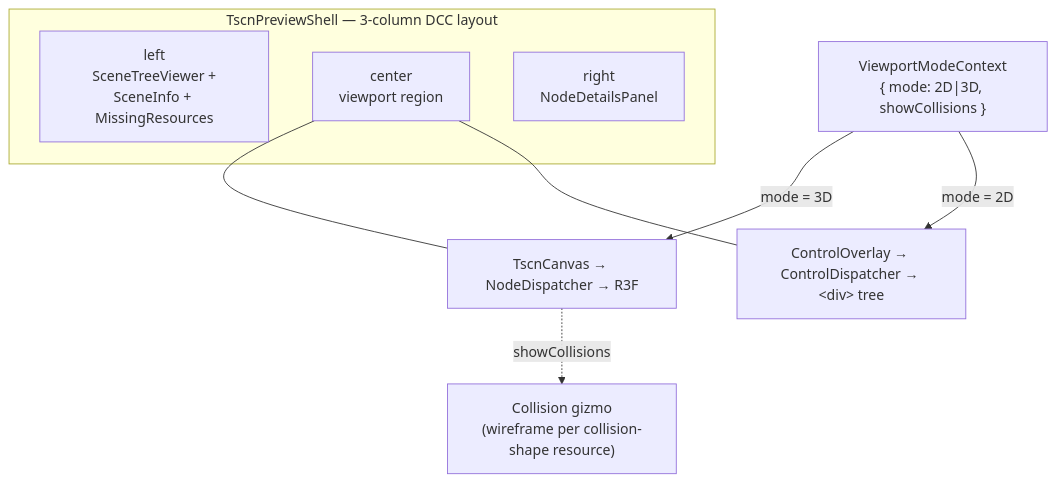
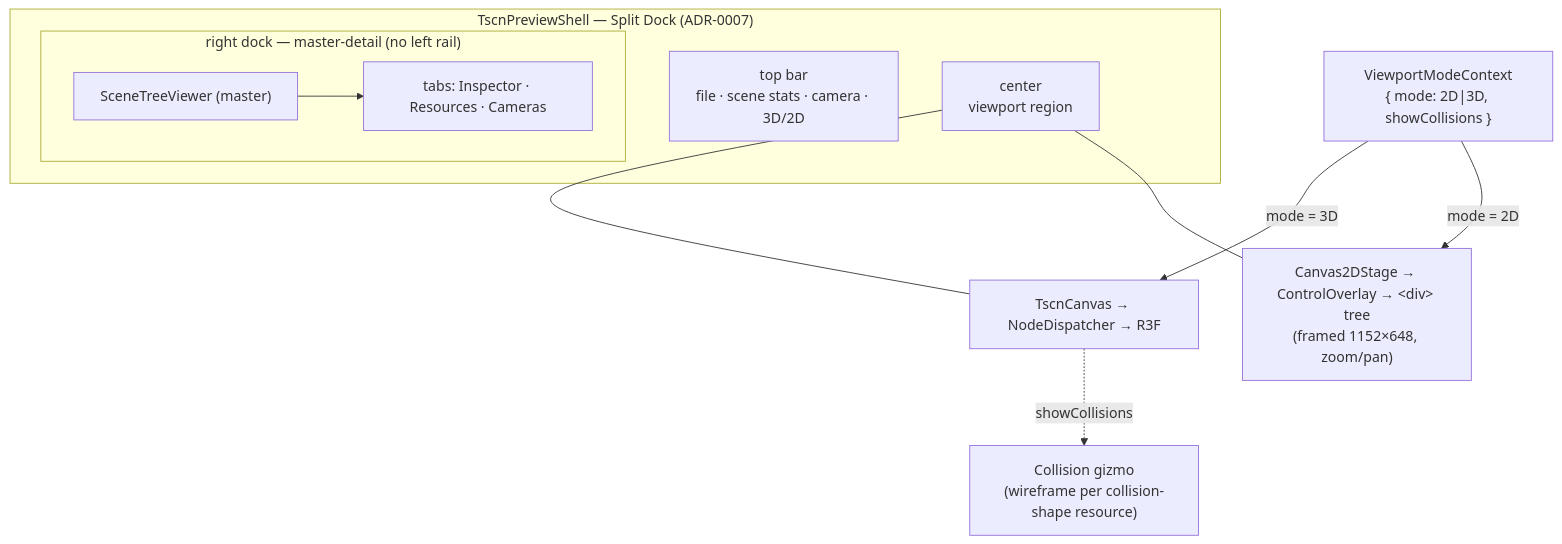
Before and after one commit to Vortiago/textscene-inspector: the fifth of 5 diagrams in ARCHITECTURE.md, drawn with Mermaid. The commit also changed other lines of this file, not shown here.

First line of the commit message:
docs(architecture): event-driven resource pipeline + Split Dock

````diff
--- a/ARCHITECTURE.md
+++ b/ARCHITECTURE.md
@@ -340,14 +392,18 @@
 ```mermaid
 flowchart TB
   VM["ViewportModeContext<br/>{ mode: 2D|3D, showCollisions }"]
-  subgraph shell["TscnPreviewShell — 3-column DCC layout"]
-    LEFT["left<br/>SceneTreeViewer +<br/>SceneInfo + MissingResources"]
+  subgraph shell["TscnPreviewShell — Split Dock (ADR-0007)"]
+    TOP["top bar<br/>file · scene stats · camera · 3D/2D"]
     CENTER["center<br/>viewport region"]
-    RIGHT["right<br/>NodeDetailsPanel"]
+    subgraph DOCK["right dock — master-detail (no left rail)"]
+      TREE["SceneTreeViewer (master)"]
+      DETAIL["tabs: Inspector · Resources · Cameras"]
+    end
   end
+  TREE --> DETAIL
   VM -->|mode = 3D| TC["TscnCanvas → NodeDispatcher → R3F"]
-  VM -->|mode = 2D| CO["ControlOverlay → ControlDispatcher → &lt;div&gt; tree"]
+  VM -->|mode = 2D| CO["Canvas2DStage → ControlOverlay → &lt;div&gt; tree<br/>(framed 1152×648, zoom/pan)"]
   TC -. showCollisions .-> GZ["Collision gizmo<br/>(wireframe per collision-shape resource)"]
   CENTER --- TC
   CENTER --- CO
 ```
````
